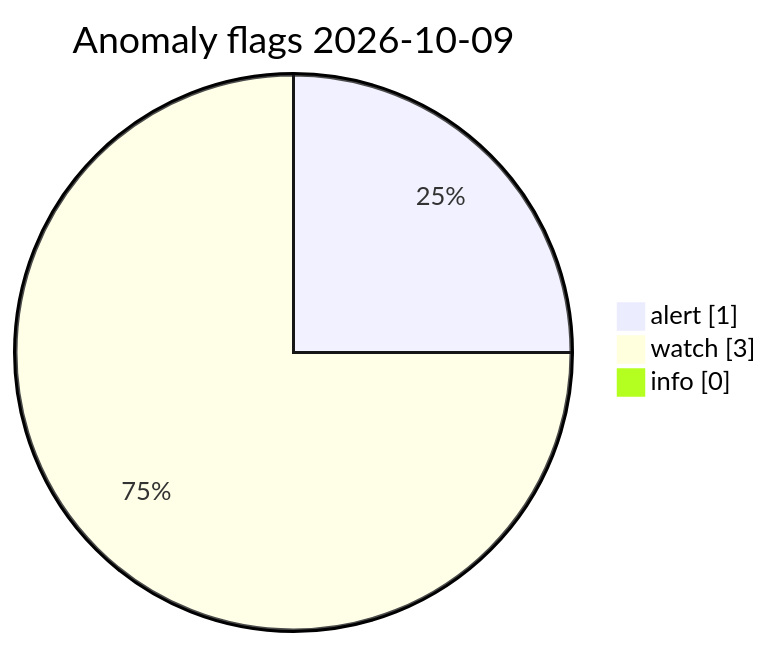
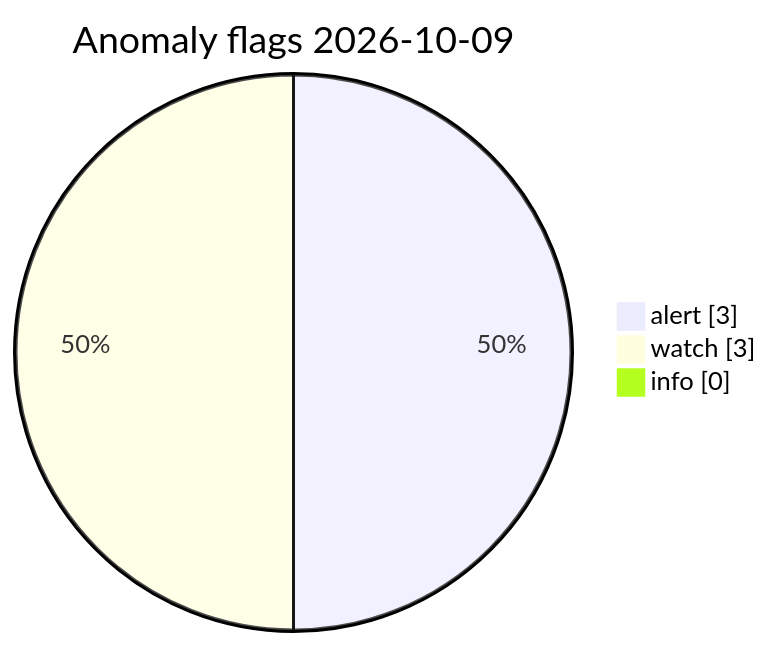
The diagram in visuals/latest/CHARTS.md (Midwest-Stratospheric/Unified-Open-Global-Weather), drawn with Mermaid before and after one commit. The commit also changed other lines of this file and 13 other files, not shown here.

Commit message:
data(visuals): automated charts 2026-10-09T16:25Z

````diff
--- a/visuals/latest/CHARTS.md
+++ b/visuals/latest/CHARTS.md
@@ -73,7 +73,7 @@
 ```mermaid
 pie showData
   title Anomaly flags 2026-10-09
-  "alert" : 1
+  "alert" : 3
   "watch" : 3
   "info" : 0
 ```
````
